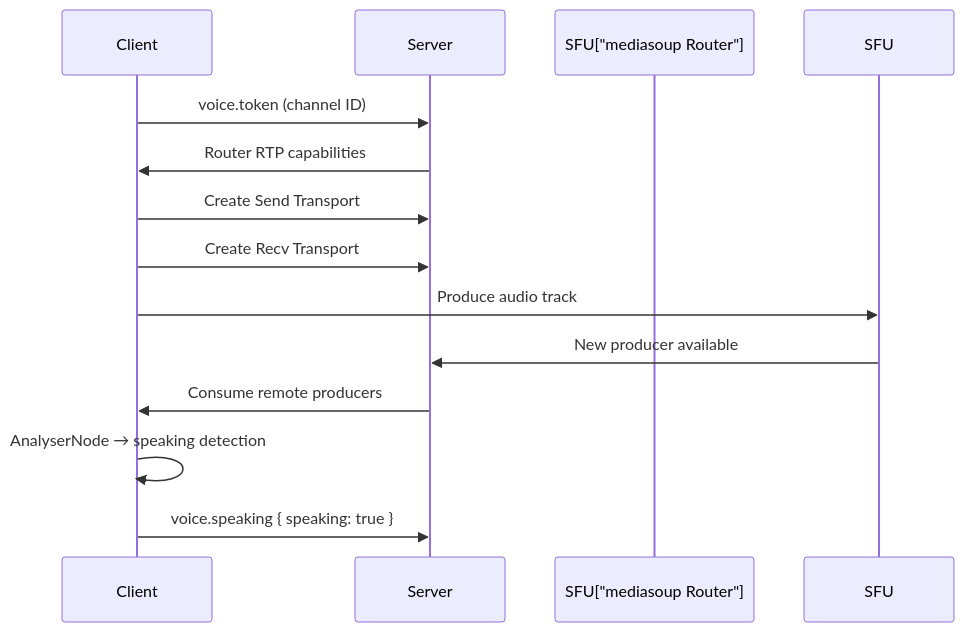
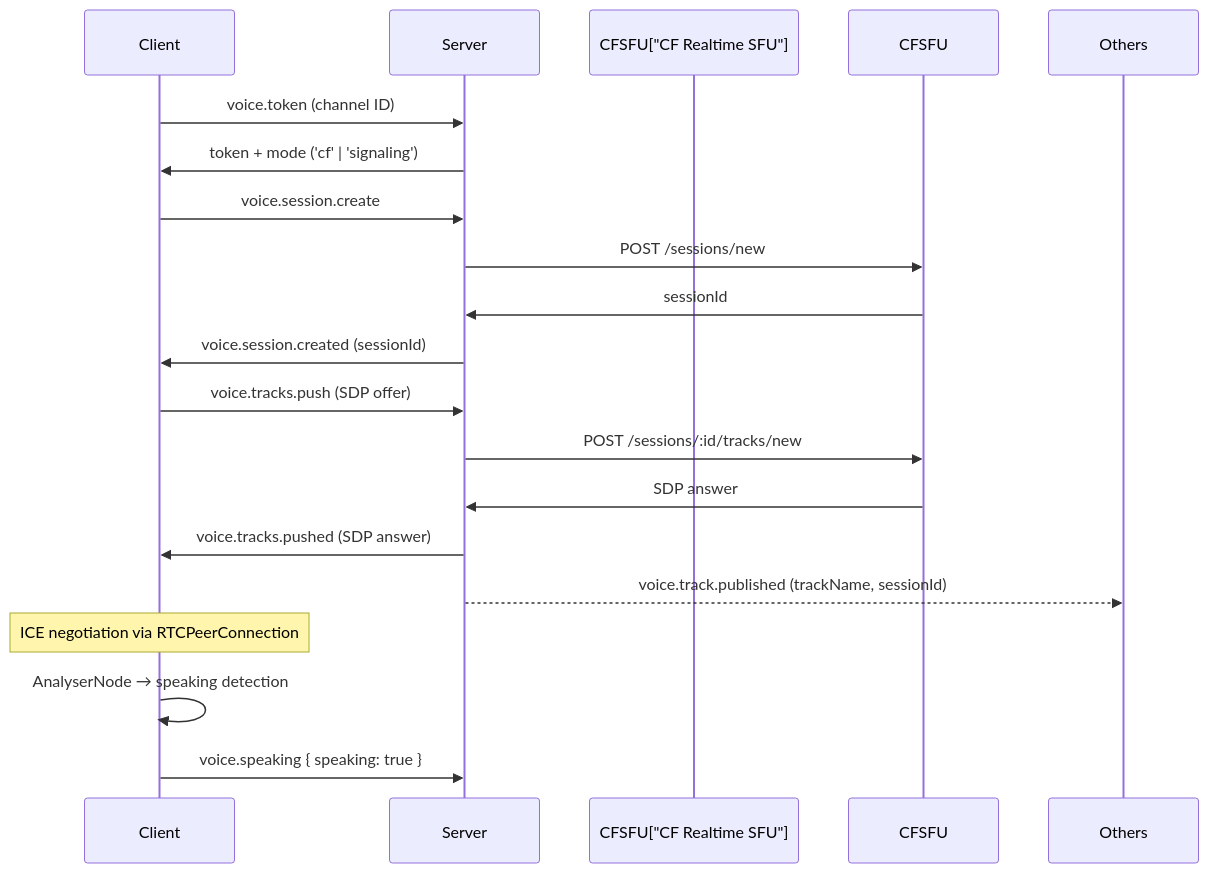
Before and after one commit to HexaField/harmony: diagram 24 of 42 in ARCHITECTURE.md, drawn with Mermaid. The commit also changed other lines of this file and 2 other files, not shown here.

First line of the commit message:
docs: update ROADMAP, ARCHITECTURE, TEST-MATRIX for CF Realtime SFU migration

````diff
--- a/ARCHITECTURE.md
+++ b/ARCHITECTURE.md
@@ -530,16 +540,21 @@
 ```mermaid
 sequenceDiagram
     participant Client
     participant Server
-    participant SFU["mediasoup Router"]
+    participant CFSFU["CF Realtime SFU"]
 
     Client->>Server: voice.token (channel ID)
-    Server->>Client: Router RTP capabilities
-    Client->>Server: Create Send Transport
-    Client->>Server: Create Recv Transport
-    Client->>SFU: Produce audio track
-    SFU->>Server: New producer available
-    Server->>Client: Consume remote producers
+    Server->>Client: token + mode ('cf' | 'signaling')
+    Client->>Server: voice.session.create
+    Server->>CFSFU: POST /sessions/new
+    CFSFU->>Server: sessionId
+    Server->>Client: voice.session.created (sessionId)
+    Client->>Server: voice.tracks.push (SDP offer)
+    Server->>CFSFU: POST /sessions/:id/tracks/new
+    CFSFU->>Server: SDP answer
+    Server->>Client: voice.tracks.pushed (SDP answer)
+    Server-->>Others: voice.track.published (trackName, sessionId)
+    Note over Client: ICE negotiation via RTCPeerConnection
     Client->>Client: AnalyserNode → speaking detection
     Client->>Server: voice.speaking { speaking: true }
 ```
````
